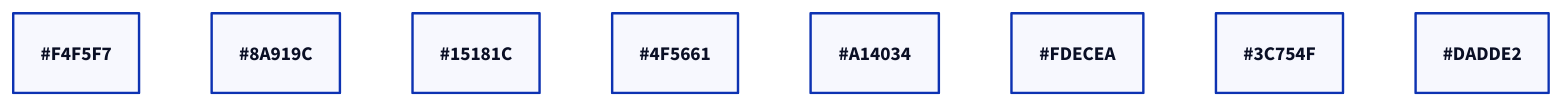
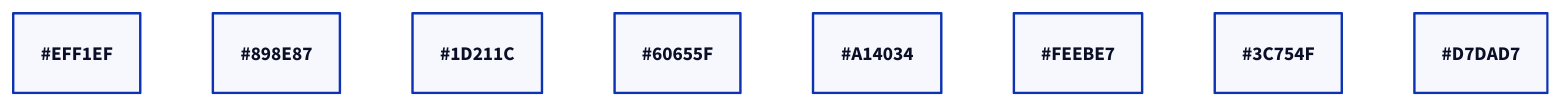
Before and after one commit to sohan-bhat/OpenHAL: the diagram in docs/diagrams/theme-light.d2, drawn with D2. The commit also changed 22 other files, not shown here.

First line of the commit message:
build(diagrams): draw the D2 diagrams in the olive palette

```diff
--- a/docs/diagrams/theme-light.d2
+++ b/docs/diagrams/theme-light.d2
@@ -1,8 +1,8 @@
-surface: "#F4F5F7"
-line: "#8A919C"
-text: "#15181C"
-text2: "#4F5661"
+surface: "#EFF1EF"
+line: "#898E87"
+text: "#1D211C"
+text2: "#60655F"
 blocked: "#A14034"
-blocked-fill: "#FDECEA"
+blocked-fill: "#FEEBE7"
 ok: "#3C754F"
-border: "#DADDE2"
+border: "#D7DAD7"
```
